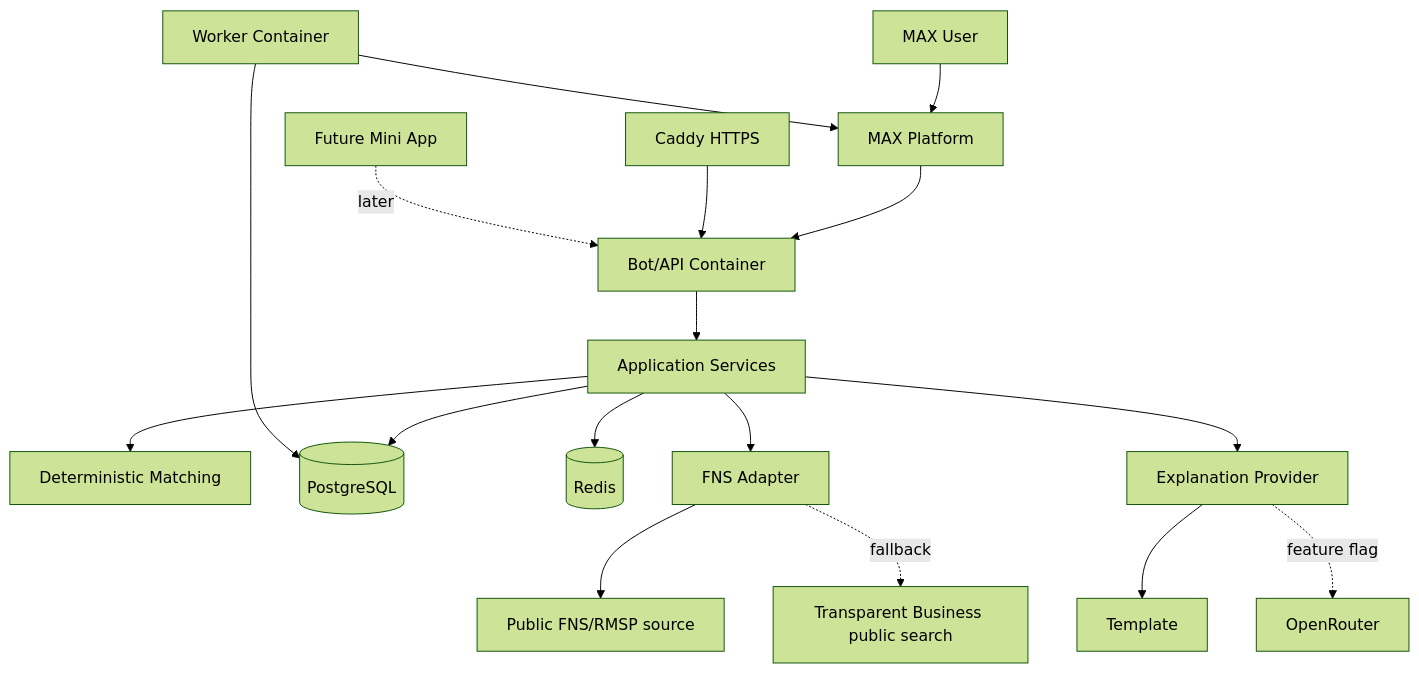
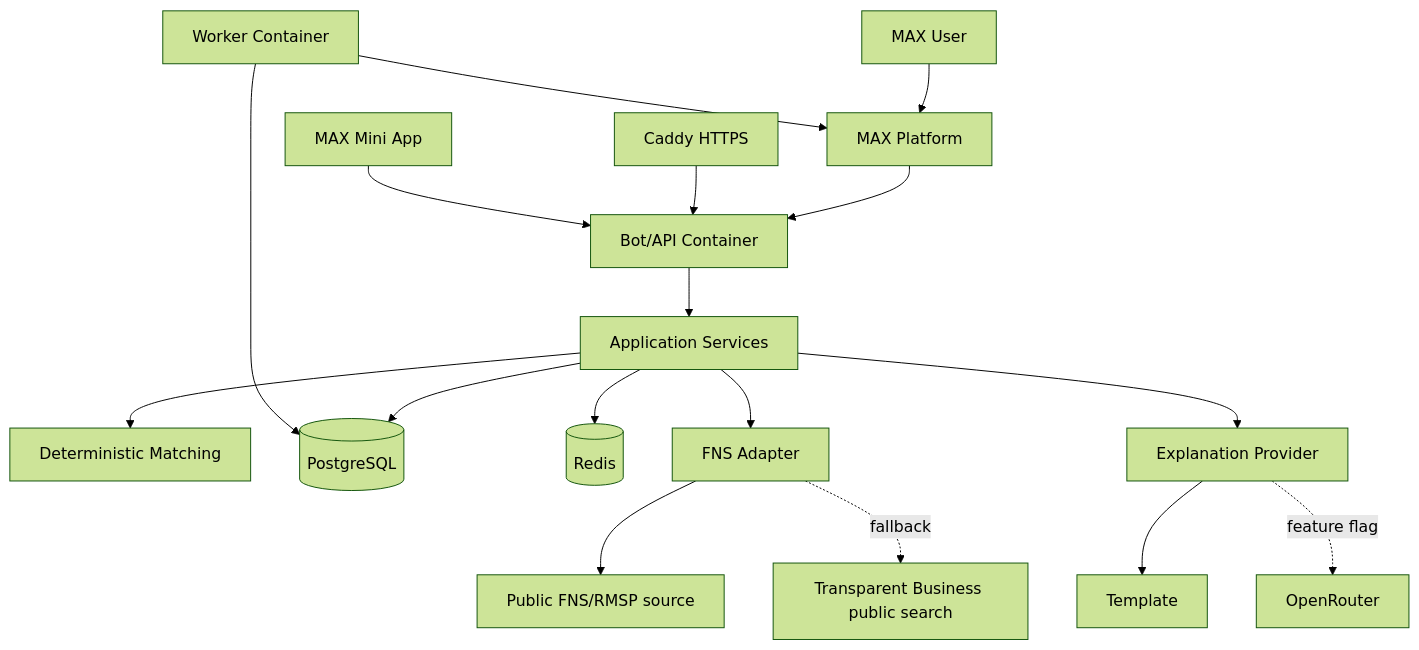
Before and after one commit to LaimOr127/HaK_Max_bot: the diagram in README.md, drawn with Mermaid (forest theme). The commit also changed other lines of this file and 11 other files, not shown here.

Commit message:
Add MAX mini-app home and clear stale chat controls

````diff
--- a/README.md
+++ b/README.md
@@ -7,19 +7,19 @@
 ```mermaid
 flowchart TD
     MAX[MAX User] --> MAXAPI[MAX Platform]
     MAXAPI --> BOT[Bot/API Container]
     BOT --> APP[Application Services]
     APP --> MATCH[Deterministic Matching]
     APP --> DB[(PostgreSQL)]
     APP --> REDIS[(Redis)]
     APP --> FNS[FNS Adapter]
     APP --> EXPLAIN[Explanation Provider]
     FNS --> RMSP[Public FNS/RMSP source]
     FNS -. fallback .-> PB[Transparent Business public search]
     EXPLAIN --> TEMPLATE[Template]
     EXPLAIN -. feature flag .-> OR[OpenRouter]
     WORKER[Worker Container] --> DB
     WORKER --> MAXAPI
     CADDY[Caddy HTTPS] --> BOT
-    MINI[Future Mini App] -. later .-> BOT
+    MINI[MAX Mini App] --> BOT
 ```
````
